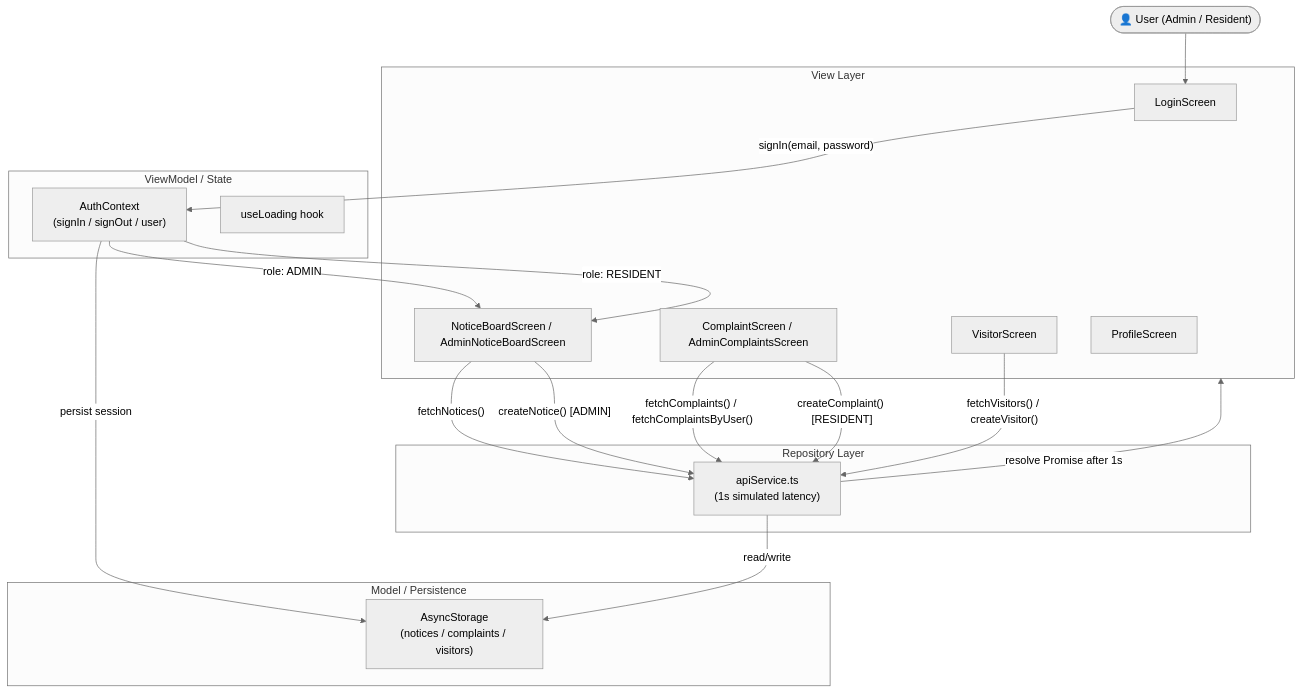
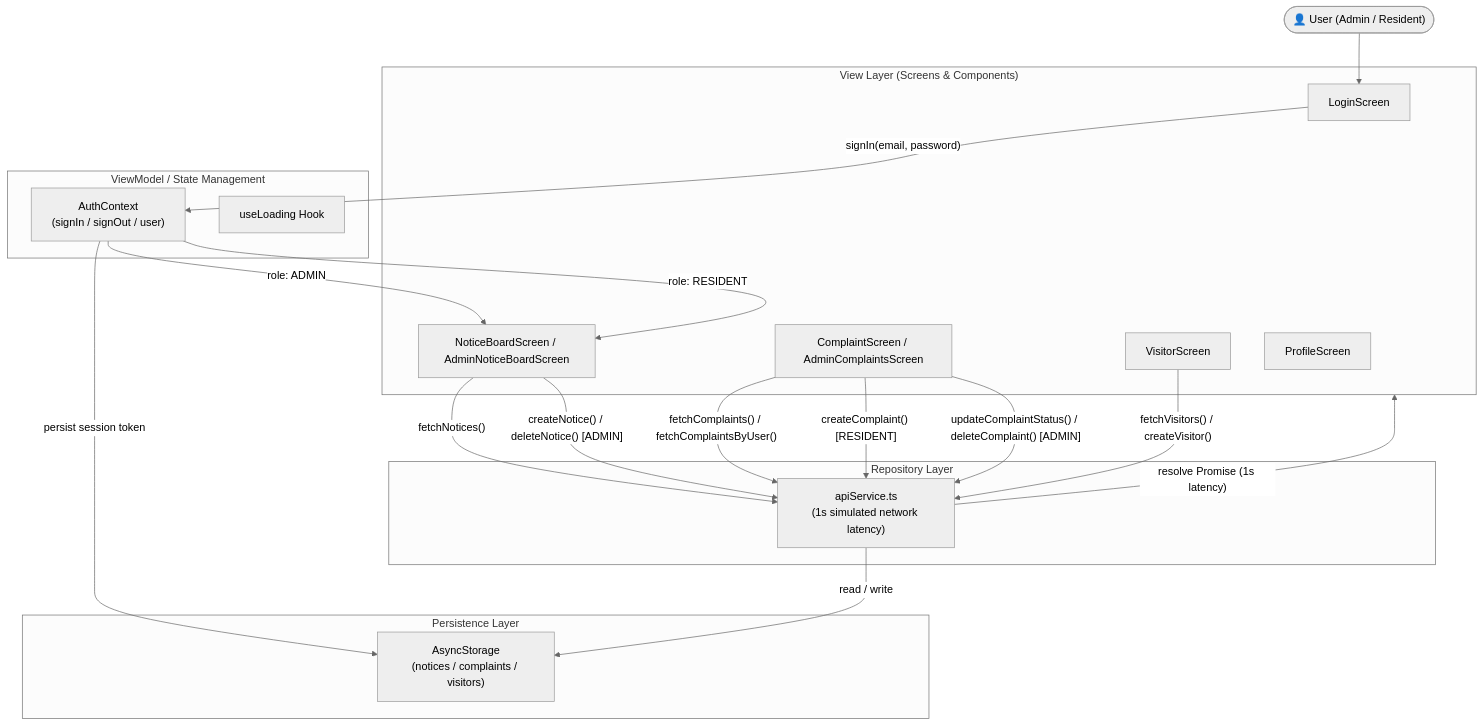
One commit to AniRishi07/Horizon-Assesment-1 changed the diagram in README.md. Above: the diagram before and after it, drawn with Mermaid (neutral theme). The commit also changed other lines of this file, not shown here.

Commit message:
docs: comprehensive revision of technical documentation and architecture

````diff
--- a/README.md
+++ b/README.md
@@ -105,38 +106,39 @@
 ```mermaid
 flowchart TD
     User(["👤 User (Admin / Resident)"])
 
-    subgraph UI ["View Layer"]
+    subgraph UI ["View Layer (Screens & Components)"]
         Login["LoginScreen"]
         NoticeBoard["NoticeBoardScreen / AdminNoticeBoardScreen"]
         Complaints["ComplaintScreen / AdminComplaintsScreen"]
         Visitors["VisitorScreen"]
         Profile["ProfileScreen"]
     end
 
-    subgraph State ["ViewModel / State"]
+    subgraph State ["ViewModel / State Management"]
         AuthCtx["AuthContext\n(signIn / signOut / user)"]
-        Loading["useLoading hook"]
+        Loading["useLoading Hook"]
     end
 
     subgraph Repository ["Repository Layer"]
-        API["apiService.ts\n(1s simulated latency)"]
+        API["apiService.ts\n(1s simulated network latency)"]
     end
 
-    subgraph Storage ["Model / Persistence"]
+    subgraph Storage ["Persistence Layer"]
         AS["AsyncStorage\n(notices / complaints / visitors)"]
     end
 
     User --> Login
     Login -->|"signIn(email, password)"| AuthCtx
-    AuthCtx -->|"persist session"| AS
+    AuthCtx -->|"persist session token"| AS
     AuthCtx -->|"role: ADMIN"| NoticeBoard
     AuthCtx -->|"role: RESIDENT"| NoticeBoard
     NoticeBoard -->|"fetchNotices()"| API
-    NoticeBoard -->|"createNotice() [ADMIN]"| API
+    NoticeBoard -->|"createNotice() / deleteNotice() [ADMIN]"| API
     Complaints -->|"fetchComplaints() / fetchComplaintsByUser()"| API
     Complaints -->|"createComplaint() [RESIDENT]"| API
+    Complaints -->|"updateComplaintStatus() / deleteComplaint() [ADMIN]"| API
     Visitors -->|"fetchVisitors() / createVisitor()"| API
-    API -->|"read/write"| AS
-    API -->|"resolve Promise after 1s"| UI
+    API -->|"read / write"| AS
+    API -->|"resolve Promise (1s latency)"| UI
 ```
````
